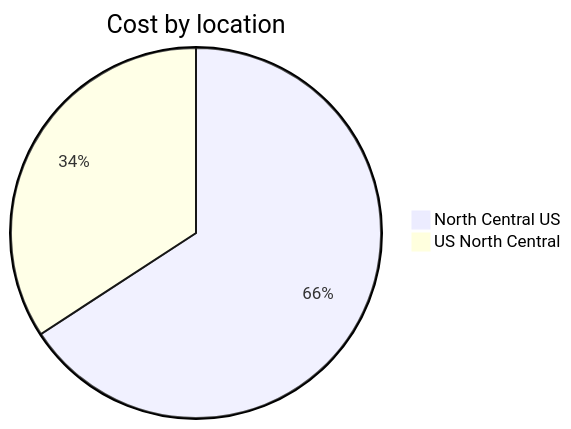
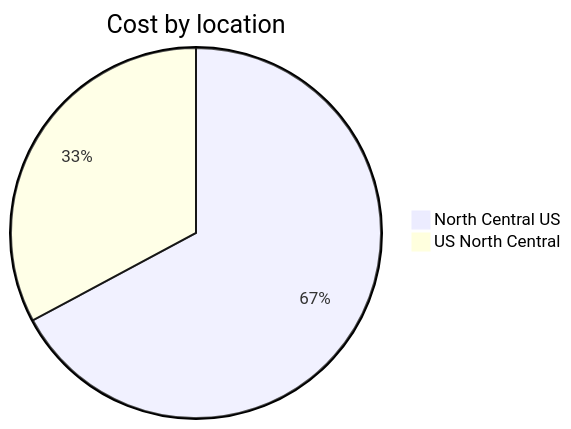
The third of 4 diagrams in cost-reports/personal-network/backup-server-public-ip.md (jpfulton/azure-personal-reports), drawn with Mermaid before and after one commit. The commit also changed other lines of this file and 8 other files, not shown here.

````diff
--- a/cost-reports/personal-network/backup-server-public-ip.md
+++ b/cost-reports/personal-network/backup-server-public-ip.md
@@ -108,6 +108,6 @@
 ```mermaid
 pie
    title Cost by location
-   "North Central US" : 2.04
+   "North Central US" : 2.17
    "US North Central" : 1.06
 ```
````
